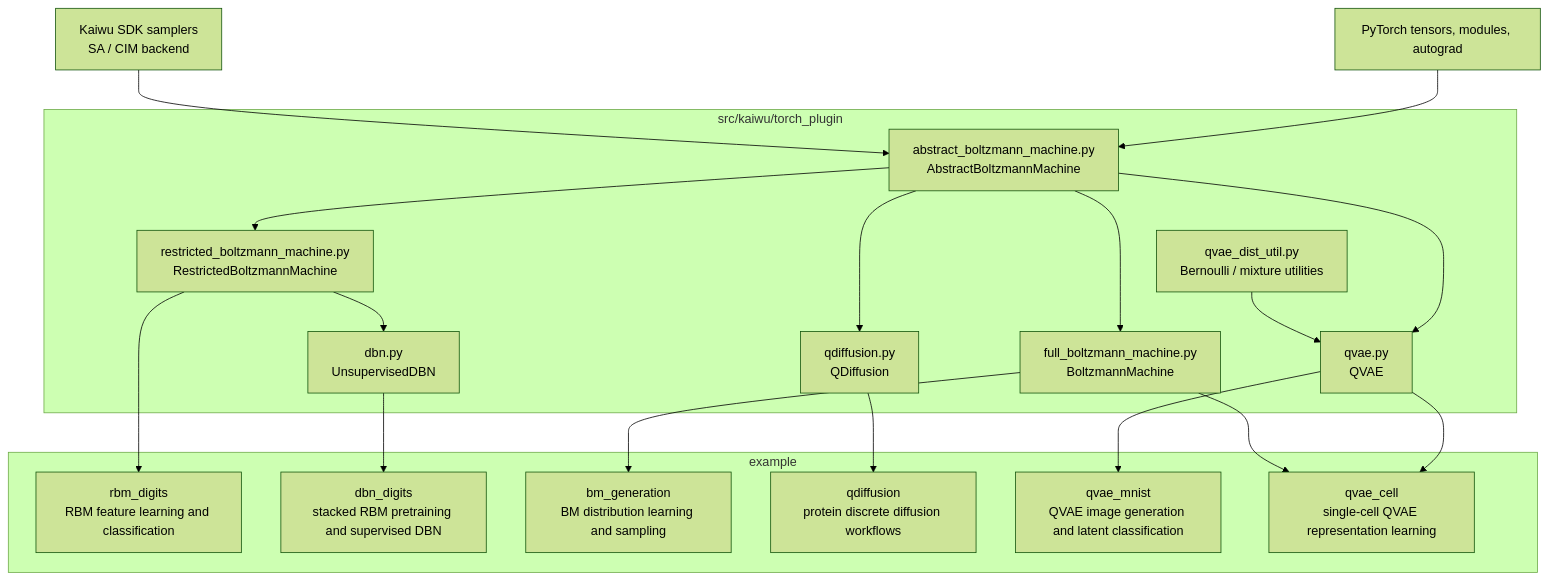
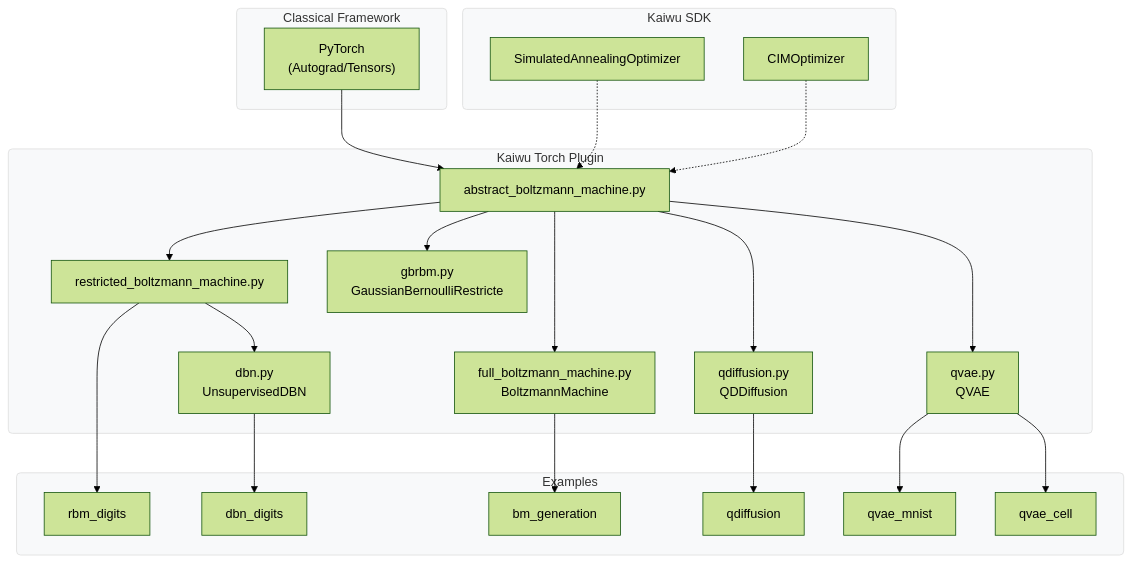
The diagram in README.md (qboson/kaiwu-pytorch-plugin), drawn with Mermaid (forest theme) before and after one commit. The commit also changed other lines of this file and 1 other file, not shown here.

Commit message:
docs: fix arxiv link, align mermaid caption and polish main README

````diff
--- a/README.md
+++ b/README.md
@@ -15,41 +15,64 @@
 ```mermaid
-flowchart TD
-    torch[PyTorch tensors, modules, autograd]
-    kaiwu[Kaiwu SDK samplers<br/>SA / CIM backend]
+graph TD
+    %% 定义子图样式（可选）
+    classDef subGraph fill:#f8f9fa,stroke:#ddd,stroke-width:1px,rx:5,ry:5;
 
-    subgraph plugin["src/kaiwu/torch_plugin"]
-        abm["abstract_boltzmann_machine.py<br/>AbstractBoltzmannMachine"]
-        bm["full_boltzmann_machine.py<br/>BoltzmannMachine"]
-        rbm["restricted_boltzmann_machine.py<br/>RestrictedBoltzmannMachine"]
-        qvae["qvae.py<br/>QVAE"]
-        qdiff["qdiffusion.py<br/>QDiffusion"]
-        dist["qvae_dist_util.py<br/>Bernoulli / mixture utilities"]
-        dbn["dbn.py<br/>UnsupervisedDBN"]
+    subgraph Classical_Framework ["Classical Framework"]
+        PyTorch["PyTorch<br>(Autograd/Tensors)"]:::node
     end
 
-    torch --> abm
-    kaiwu --> abm
-    abm --> bm
-    abm --> rbm
-    abm --> qvae
-    abm --> qdiff
-    dist --> qvae
-    rbm --> dbn
-
-    subgraph examples["example"]
-        rbm_digits["rbm_digits<br/>RBM feature learning and classification"]
-        dbn_digits["dbn_digits<br/>stacked RBM pretraining and supervised DBN"]
-        bm_generation["bm_generation<br/>BM distribution learning and sampling"]
-        qdiffusion["qdiffusion<br/>protein discrete diffusion workflows"]
-        qvae_mnist["qvae_mnist<br/>QVAE image generation and latent classification"]
-        qvae_cell["qvae_cell<br/>single-cell QVAE representation learning"]
+    %% 1. 右上模块名字只需要保留 Kaiwu SDK
+    subgraph Kaiwu_SDK ["Kaiwu SDK"]
+        SA["SimulatedAnnealingOptimizer"]:::node
+        CIM["CIMOptimizer"]:::node
     end
 
-    rbm --> rbm_digits
-    dbn --> dbn_digits
-    bm --> bm_generation
-    qdiff --> qdiffusion
-    qvae --> qvae_mnist
-    qvae --> qvae_cell
-    bm --> qvae_cell
+    %% 2. 中间模块名字显示完整：Kaiwu Torch Plugin
+    subgraph Torch_Plugin ["Kaiwu Torch Plugin"]
+        Abstract["abstract_boltzmann_machine.py"]:::node
+        RBM["restricted_boltzmann_machine.py"]:::node
+        GBRBM["gbrbm.py<br>GaussianBernoulliRestricte"]:::node
+        FullBM["full_boltzmann_machine.py<br>BoltzmannMachine"]:::node
+        QDiff["qdiffusion.py<br>QDDiffusion"]:::node
+        QVAE["qvae.py<br>QVAE"]:::node
+        
+        %% 3. dbn.py 作为 RBM 的下链，且保持在 Kaiwu Torch Plugin 层中
+        DBN["dbn.py<br>UnsupervisedDBN"]:::node
+    end
+
+    %% 4. 最下面模块名字为 Examples，不需要 "[]"
+    subgraph Examples
+        rbm_digits["rbm_digits"]:::node
+        dbn_digits["dbn_digits"]:::node
+        bm_generation["bm_generation"]:::node
+        qdiffusion["qdiffusion"]:::node
+        qvae_mnist["qvae_mnist"]:::node
+        qvae_cell["qvae_cell"]:::node
+    end
+
+    %% -------- 连线逻辑 --------
+    %% 上层框架指向插件
+    PyTorch --> Abstract
+    SA -.-> Abstract
+    CIM -.-> Abstract
+
+    %% 插件层内部的继承/实现关系
+    Abstract --> RBM
+    Abstract --> GBRBM
+    Abstract --> FullBM
+    Abstract --> QDiff
+    Abstract --> QVAE
+
+    RBM --> DBN
+
+    %% 插件层指向示例层
+    RBM --> rbm_digits
+    DBN --> dbn_digits
+    FullBM --> bm_generation
+    QDiff --> qdiffusion
+    QVAE --> qvae_mnist
+    QVAE --> qvae_cell
+
+    %% 应用子图背景样式
+    class Classical_Framework,Kaiwu_SDK,Torch_Plugin,Examples subGraph;
 ```
````
